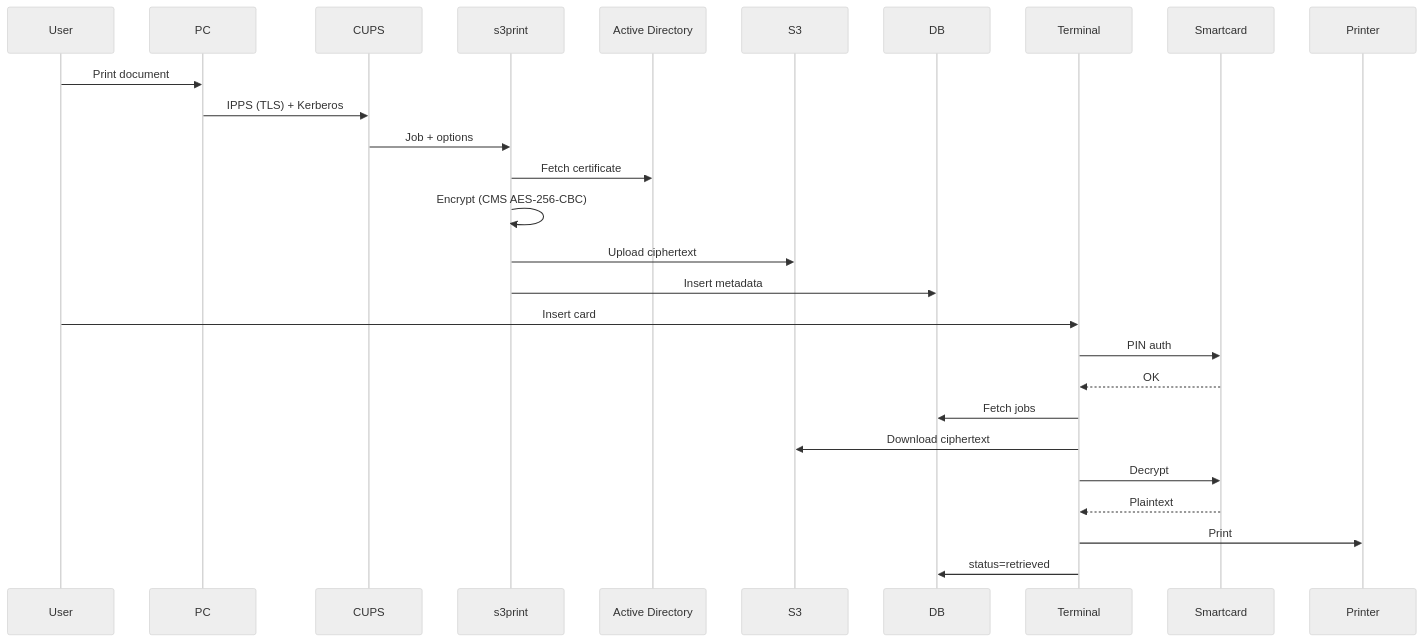
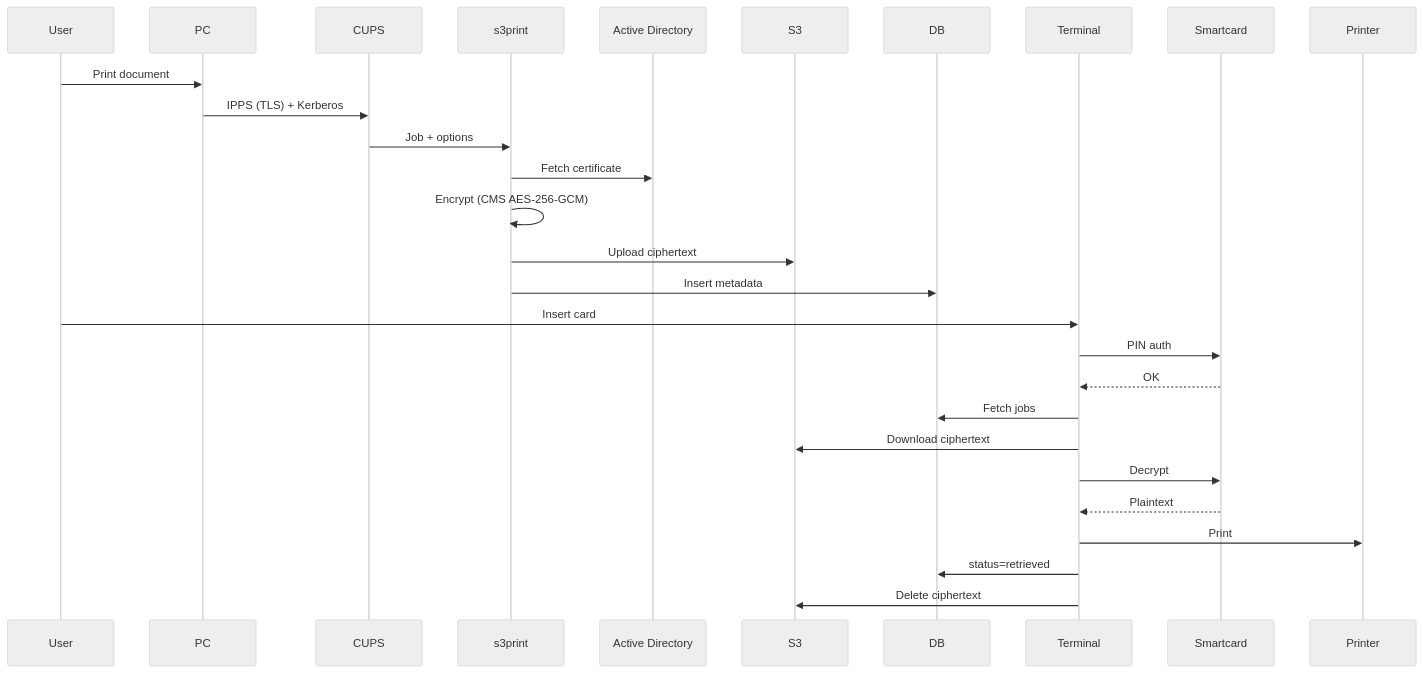
The second of 2 diagrams in README.md (alun-hub/secure-print), drawn with Mermaid (neutral theme) before and after one commit. The commit also changed other lines of this file and 4 other files, not shown here.

First line of the commit message:
Harden encryption: AES-256-GCM, delete S3 after print

````diff
--- a/README.md
+++ b/README.md
@@ -212,34 +212,35 @@
 ```mermaid
 sequenceDiagram
 
 participant User
 participant PC
 participant CUPS
 participant s3print
 participant AD as Active Directory
 participant S3
 participant DB
 participant Terminal
 participant Card as Smartcard
 participant Printer
 
 User->>PC: Print document
 PC->>CUPS: IPPS (TLS) + Kerberos
 CUPS->>s3print: Job + options
 
 s3print->>AD: Fetch certificate
-s3print->>s3print: Encrypt (CMS AES-256-CBC)
+s3print->>s3print: Encrypt (CMS AES-256-GCM)
 s3print->>S3: Upload ciphertext
 s3print->>DB: Insert metadata
 
 User->>Terminal: Insert card
 Terminal->>Card: PIN auth
 Card-->>Terminal: OK
 
 Terminal->>DB: Fetch jobs
 Terminal->>S3: Download ciphertext
 Terminal->>Card: Decrypt
 Card-->>Terminal: Plaintext
 Terminal->>Printer: Print
 Terminal->>DB: status=retrieved
+Terminal->>S3: Delete ciphertext
 ```
````
